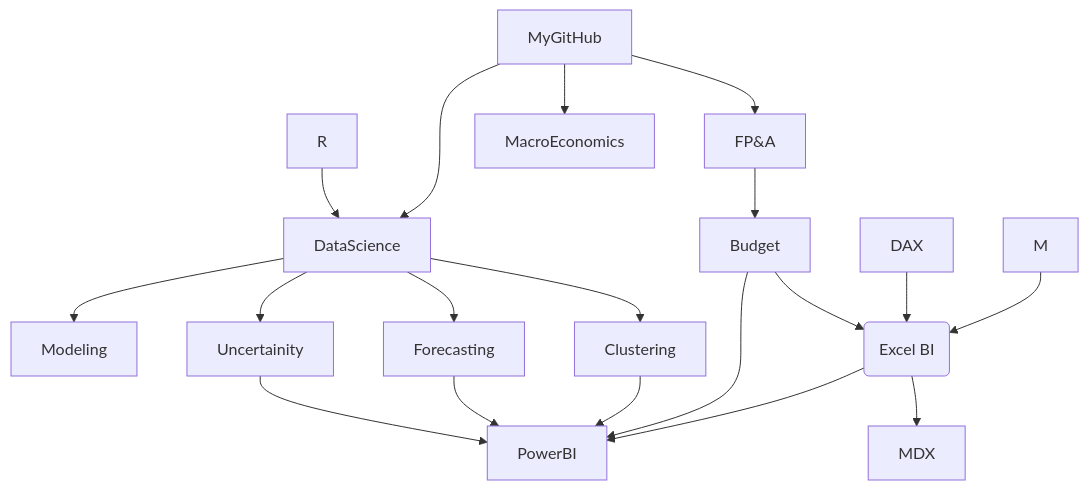
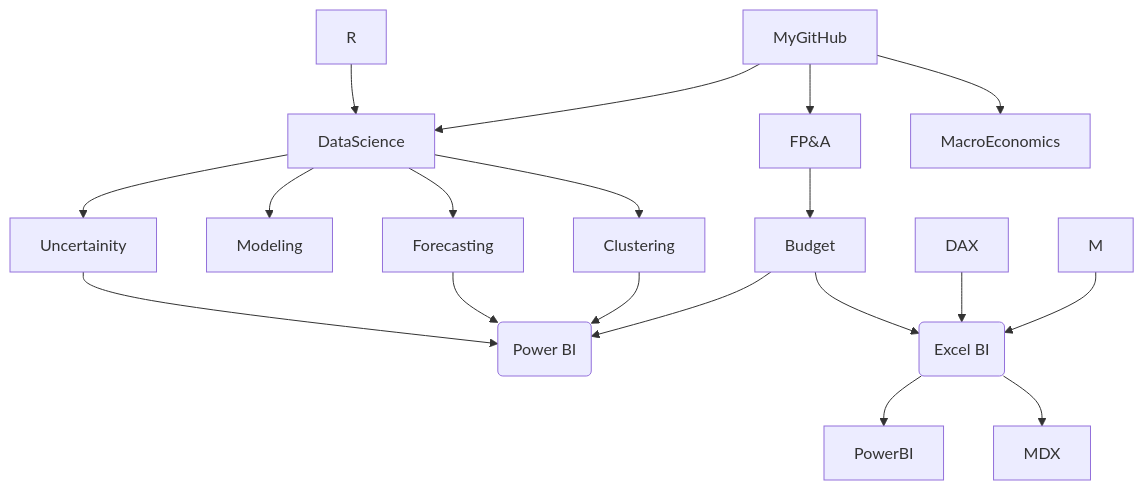
One commit to md3629/md3629 changed the diagram in README.md. Above: the diagram before and after it, drawn with Mermaid.

````diff
--- a/README.md
+++ b/README.md
@@ -9,21 +9,21 @@
 ```mermaid
 graph TD;
     MyGitHub-->FP&A;
     FP&A-->Budget;
     R-->DataScience;
     MyGitHub-->DataScience;
     MyGitHub-->MacroEconomics;
     DataScience-->Modeling;
     DataScience-->Forecasting;
     DataScience-->Clustering;
     DataScience-->Uncertainity;
-    Uncertainity-->PowerBI;
-    Forecasting-->PowerBI;
-    Clustering-->PowerBI;
-    Budget-->PowerBI;
+    Uncertainity-->P(Power BI);
+    Forecasting-->P(Power BI);
+    Clustering-->P(Power BI);
+    Budget-->P(Power BI);
     Budget-->E(Excel BI);
     DAX-->E(Excel BI);
     M-->E(Excel BI);
     E(Excel BI)-->PowerBI;
     E(Excel BI)-->MDX;
 ```
````
